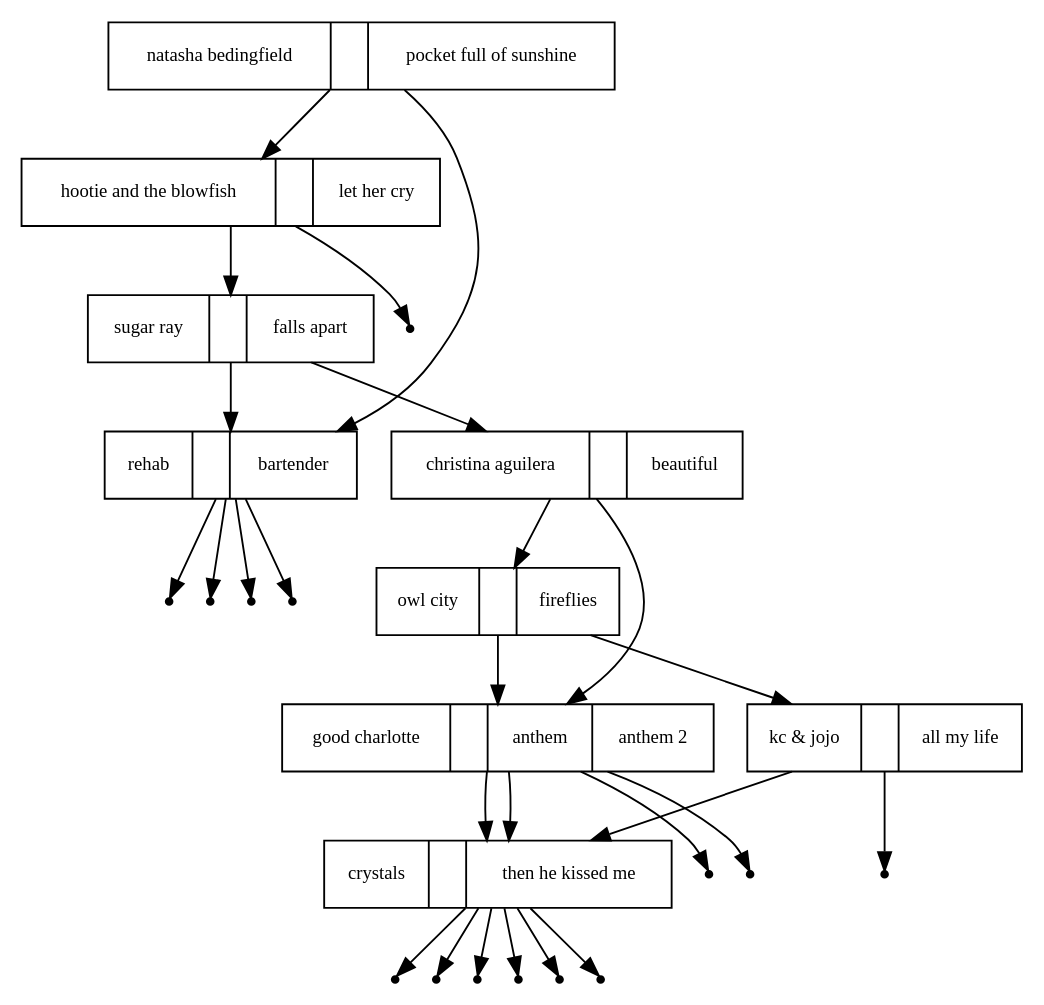
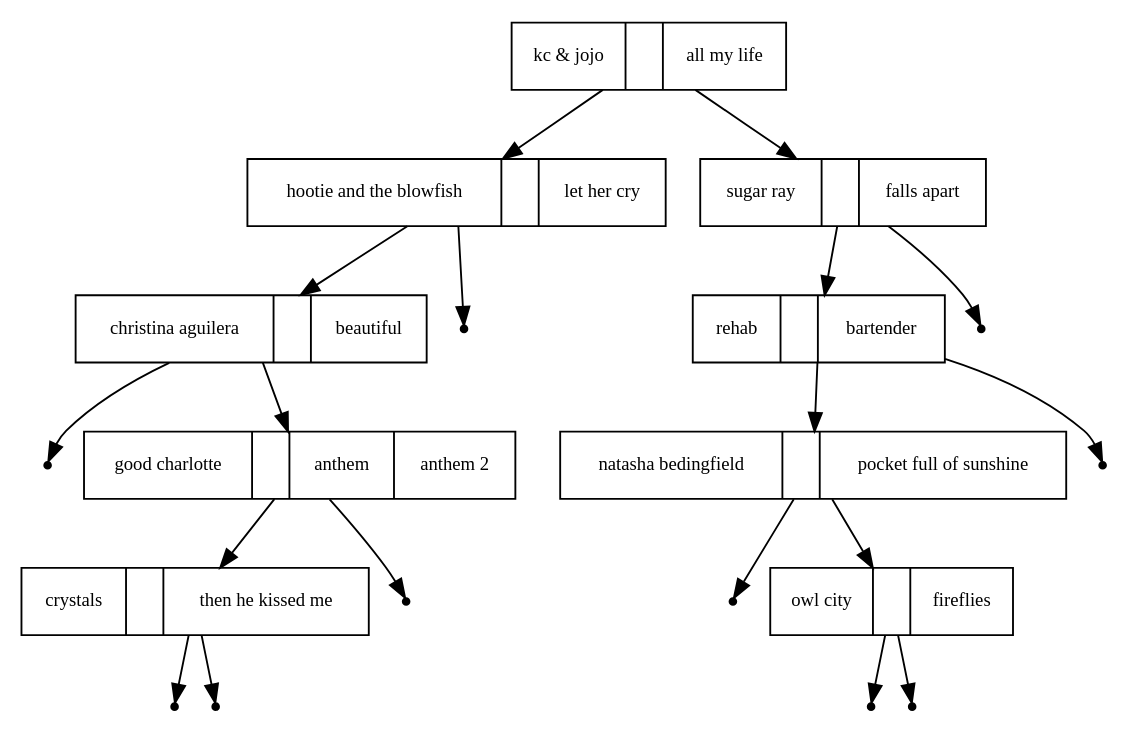
One commit to kalyco/SplayTrees changed the diagram in splay_tree2.dot. Above: the diagram before and after it, drawn with Graphviz. The commit also changed 15 other files, not shown here.

```diff
--- a/splay_tree2.dot
+++ b/splay_tree2.dot
@@ -1,57 +1,41 @@
 digraph{
 graph [ordering="out"];
 node [fontsize = "10"shape = "record"];
-"natasha bedingfield" [label ="natasha bedingfield | |  pocket full of sunshine"];
+"kc & jojo" [label ="kc & jojo | |  all my life"];
 "hootie and the blowfish" [label ="hootie and the blowfish | |  let her cry"];
+"christina aguilera" [label ="christina aguilera | |  beautiful"];
+"good charlotte" [label ="good charlotte | |  anthem |  anthem 2"];
+"crystals" [label ="crystals | |  then he kissed me"];
 "sugar ray" [label ="sugar ray | |  falls apart"];
 "rehab" [label ="rehab | |  bartender"];
-"christina aguilera" [label ="christina aguilera | |  beautiful"];
+"natasha bedingfield" [label ="natasha bedingfield | |  pocket full of sunshine"];
 "owl city" [label ="owl city | |  fireflies"];
-"good charlotte" [label ="good charlotte | |  anthem |  anthem 2"];
-"crystals" [label ="crystals | |  then he kissed me"];
-"kc & jojo" [label ="kc & jojo | |  all my life"];
-"crystals" [label ="crystals | |  then he kissed me"];
-"good charlotte" [label ="good charlotte | |  anthem |  anthem 2"];
-"crystals" [label ="crystals | |  then he kissed me"];
-"rehab" [label ="rehab | |  bartender"];
-"natasha bedingfield"  -> "hootie and the blowfish" 
-"hootie and the blowfish"  -> "sugar ray" 
-"sugar ray"  -> "rehab" 
-nullptr13[shape=point]
-"rehab"  -> nullptr13
-nullptr14[shape=point]
-"rehab"  -> nullptr14
-"sugar ray"  -> "christina aguilera" 
-"christina aguilera"  -> "owl city" 
-"owl city"  -> "good charlotte" 
-"good charlotte"  -> "crystals" 
-nullptr15[shape=point]
-"crystals"  -> nullptr15
-nullptr16[shape=point]
-"crystals"  -> nullptr16
-nullptr17[shape=point]
-"good charlotte"  -> nullptr17
-"owl city"  -> "kc & jojo" 
-"kc & jojo"  -> "crystals" 
-nullptr18[shape=point]
-"crystals"  -> nullptr18
-nullptr19[shape=point]
-"crystals"  -> nullptr19
-nullptr20[shape=point]
-"kc & jojo"  -> nullptr20
+"kc & jojo"  -> "hootie and the blowfish" 
+"hootie and the blowfish"  -> "christina aguilera" 
+nullptr10[shape=point]
+"christina aguilera"  -> nullptr10
 "christina aguilera"  -> "good charlotte" 
 "good charlotte"  -> "crystals" 
-nullptr21[shape=point]
-"crystals"  -> nullptr21
-nullptr22[shape=point]
-"crystals"  -> nullptr22
-nullptr23[shape=point]
-"good charlotte"  -> nullptr23
-nullptr24[shape=point]
-"hootie and the blowfish"  -> nullptr24
-"natasha bedingfield"  -> "rehab" 
-nullptr25[shape=point]
-"rehab"  -> nullptr25
-nullptr26[shape=point]
-"rehab"  -> nullptr26
+nullptr11[shape=point]
+"crystals"  -> nullptr11
+nullptr12[shape=point]
+"crystals"  -> nullptr12
+nullptr13[shape=point]
+"good charlotte"  -> nullptr13
+nullptr14[shape=point]
+"hootie and the blowfish"  -> nullptr14
+"kc & jojo"  -> "sugar ray" 
+"sugar ray"  -> "rehab" 
+"rehab"  -> "natasha bedingfield" 
+nullptr15[shape=point]
+"natasha bedingfield"  -> nullptr15
+"natasha bedingfield"  -> "owl city" 
+nullptr16[shape=point]
+"owl city"  -> nullptr16
+nullptr17[shape=point]
+"owl city"  -> nullptr17
+nullptr18[shape=point]
+"rehab"  -> nullptr18
+nullptr19[shape=point]
+"sugar ray"  -> nullptr19
 }
```
